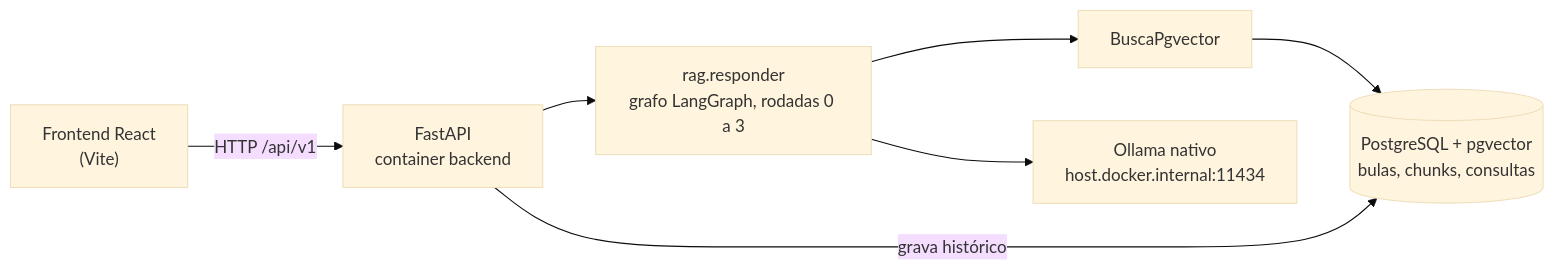
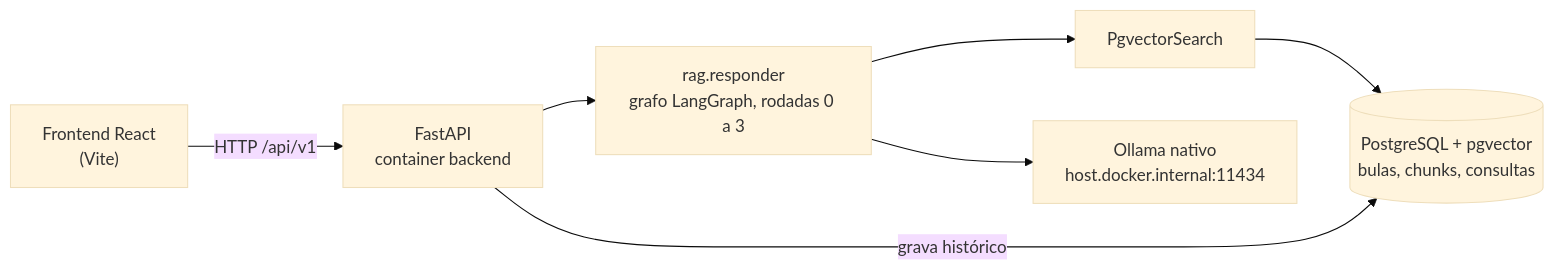
One commit to umdevaprendiz/farma-rag changed the second of 5 diagrams in README.md. Above: the diagram before and after it, drawn with Mermaid (base theme). The commit also changed other lines of this file and 121 other files, not shown here.

````diff
--- a/README.md
+++ b/README.md
@@ -114,9 +114,9 @@
 ```mermaid
 flowchart LR
   UI["Frontend React<br/>(Vite)"] -- "HTTP /api/v1" --> API["FastAPI<br/>container backend"]
   API --> RAG["rag.responder<br/>grafo LangGraph, rodadas 0 a 3"]
-  RAG --> BV["BuscaPgvector"]
+  RAG --> BV["PgvectorSearch"]
   BV --> PG[("PostgreSQL + pgvector<br/>bulas, chunks, consultas")]
   RAG --> OLL["Ollama nativo<br/>host.docker.internal:11434"]
   API -- "grava histórico" --> PG
 ```
````
